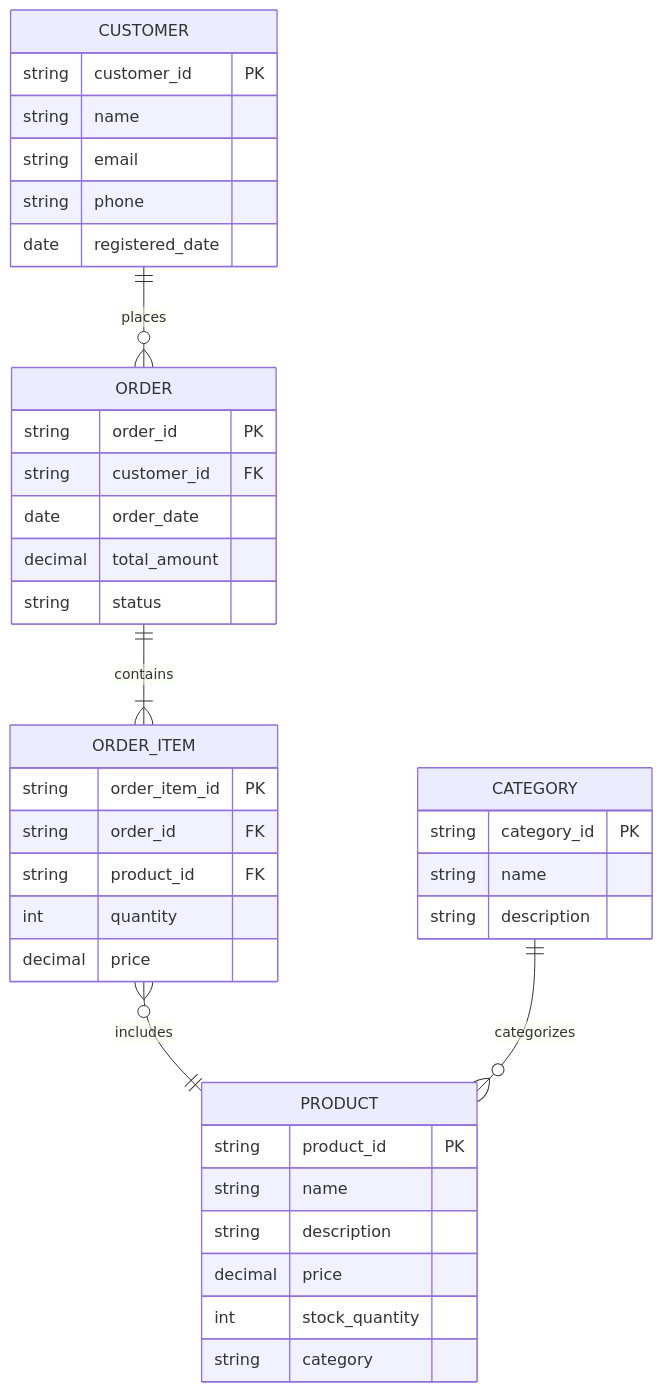
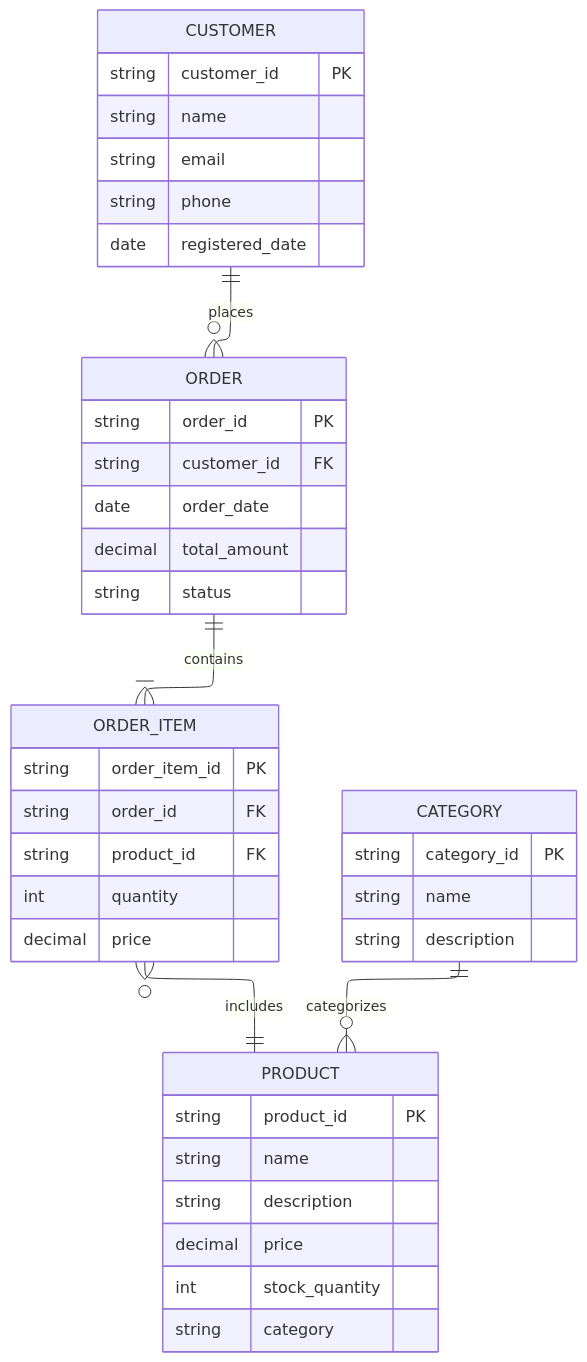
One commit to onlyutkarsh/mermaid-diagram-lens changed the diagram in examples/er-diagram.mmd. Above: the diagram before and after it, drawn with Mermaid. The commit also changed 6 other files, not shown here.

Commit message:
feat: Integrate ELK layout support for improved diagram rendering and add example ER diagrams

```diff
--- a/examples/er-diagram.mmd
+++ b/examples/er-diagram.mmd
@@ -1,43 +1,50 @@
+---
+config:
+  layout: elk
+  elk:
+    mergeEdges: false
+    nodePlacementStrategy: LINEAR_SEGMENTS 
+---
 erDiagram
     CUSTOMER ||--o{ ORDER : places
     CUSTOMER {
         string customer_id PK
         string name
         string email
         string phone
         date registered_date
     }
 
     ORDER ||--|{ ORDER_ITEM : contains
     ORDER {
         string order_id PK
         string customer_id FK
         date order_date
         decimal total_amount
         string status
     }
 
     ORDER_ITEM }o--|| PRODUCT : includes
     ORDER_ITEM {
         string order_item_id PK
         string order_id FK
         string product_id FK
         int quantity
         decimal price
     }
 
     PRODUCT {
         string product_id PK
         string name
         string description
         decimal price
         int stock_quantity
         string category
     }
 
     CATEGORY ||--o{ PRODUCT : categorizes
     CATEGORY {
         string category_id PK
         string name
         string description
     }
```
